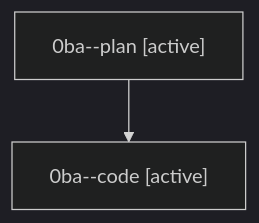
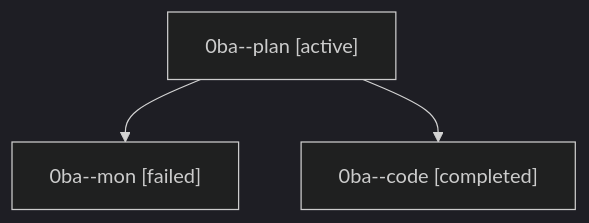
Before and after one commit to sase-org/sase--agents: the diagram in families/bbugyi200.athena.0ba.md, drawn with Mermaid (dark theme). The commit also changed other lines of this file and 35830 other files, not shown here.

````diff
--- a/families/bbugyi200.athena.0ba.md
+++ b/families/bbugyi200.athena.0ba.md
@@ -9,6 +9,8 @@
 ```mermaid
 flowchart TD
   n0["0ba--plan [active]"]
-  n1["0ba--code [active]"]
+  n1["0ba--mon [failed]"]
   n0 --> n1
+  n2["0ba--code [completed]"]
+  n0 --> n2
 ```
````
